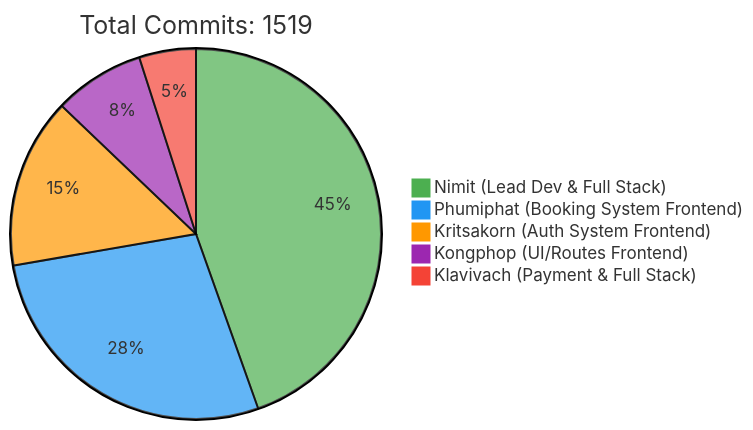
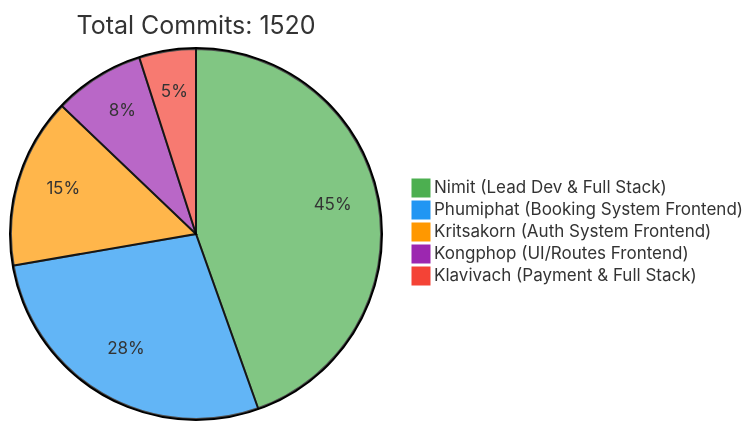
The first of 2 diagrams in README.md (6531503042/Sport-Complex), drawn with Mermaid before and after one commit. The commit also changed other lines of this file, not shown here.

Commit message:
docs: Update contributor statistics [skip ci]

````diff
--- a/README.md
+++ b/README.md
@@ -257,10 +257,10 @@
 ```mermaid
 %%{init: {'theme': 'base', 'themeVariables': { 'pie1': '#4CAF50', 'pie2': '#2196F3', 'pie3': '#FF9800', 'pie4': '#9C27B0', 'pie5': '#F44336'}}}%%
 pie
-    title Total Commits: 1519
+    title Total Commits: 1520
     "Nimit (Lead Dev & Full Stack)" : 450
     "Phumiphat (Booking System Frontend)" : 280
     "Kritsakorn (Auth System Frontend)" : 150
     "Kongphop (UI/Routes Frontend)" : 80
     "Klavivach (Payment & Full Stack)" : 50
 ```
````
